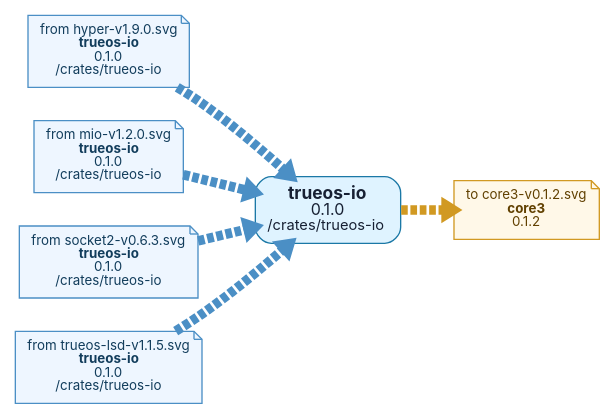
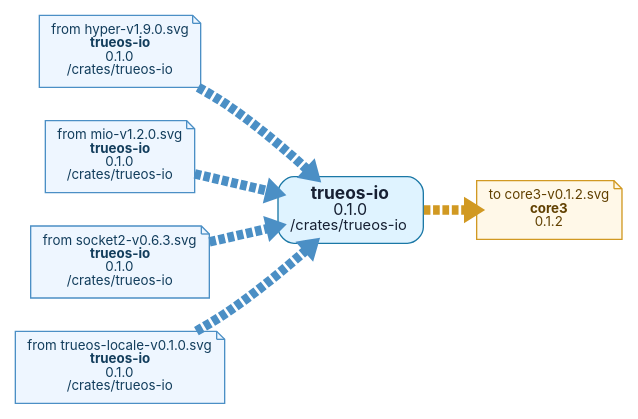
Before and after one commit to t4ce/TRUEOS: the diagram in tools/docs/depgraph/by-root/trueos-io-v0.1.0.dot, drawn with Graphviz. The commit also changed 81 other files, not shown here.

```diff
--- a/tools/docs/depgraph/by-root/trueos-io-v0.1.0.dot
+++ b/tools/docs/depgraph/by-root/trueos-io-v0.1.0.dot
@@ -1,19 +1,19 @@
 digraph "trueos-io-v0.1.0" {
   graph [rankdir=LR, bgcolor="white", overlap=false, splines=true, nodesep=0.35, ranksep=0.55];
   node [shape=box, style="rounded,filled", fontname="Inter,Arial", fontsize=10, margin="0.13,0.10", color="#8b9bb0", fillcolor="#f7f9fb", fontcolor="#172033"];
   edge [color="#9aa8b8", arrowsize=0.55, penwidth=7.2];
   n0 [label=<<FONT POINT-SIZE="13"><B>trueos-io</B></FONT><BR/><FONT POINT-SIZE="12">0.1.0</FONT><BR/><FONT POINT-SIZE="11">/crates/trueos-io</FONT>>, fillcolor="#dff3ff", color="#1b78a6"];
   out0 [label=<to core3-v0.1.2.svg<BR/><B>core3</B><BR/>0.1.2>, shape=note, style="filled", fillcolor="#fff8e8", color="#d19922", fontcolor="#614000"];
   n0 -> out0 [style=dashed, color="#d19922"];
   in1 [label=<from hyper-v1.9.0.svg<BR/><B>trueos-io</B><BR/>0.1.0<BR/>/crates/trueos-io>, shape=note, style="filled", fillcolor="#eef6ff", color="#4b8fc5", fontcolor="#123d5c"];
   in1 -> n0 [style=dashed, color="#4b8fc5"];
   in2 [label=<from mio-v1.2.0.svg<BR/><B>trueos-io</B><BR/>0.1.0<BR/>/crates/trueos-io>, shape=note, style="filled", fillcolor="#eef6ff", color="#4b8fc5", fontcolor="#123d5c"];
   in2 -> n0 [style=dashed, color="#4b8fc5"];
   in3 [label=<from socket2-v0.6.3.svg<BR/><B>trueos-io</B><BR/>0.1.0<BR/>/crates/trueos-io>, shape=note, style="filled", fillcolor="#eef6ff", color="#4b8fc5", fontcolor="#123d5c"];
   in3 -> n0 [style=dashed, color="#4b8fc5"];
-  in4 [label=<from trueos-lsd-v1.1.5.svg<BR/><B>trueos-io</B><BR/>0.1.0<BR/>/crates/trueos-io>, shape=note, style="filled", fillcolor="#eef6ff", color="#4b8fc5", fontcolor="#123d5c"];
+  in4 [label=<from trueos-locale-v0.1.0.svg<BR/><B>trueos-io</B><BR/>0.1.0<BR/>/crates/trueos-io>, shape=note, style="filled", fillcolor="#eef6ff", color="#4b8fc5", fontcolor="#123d5c"];
   in4 -> n0 [style=dashed, color="#4b8fc5"];
   // collapsed leaf ends: 0
   // centered two-input leaves: 0
   // nested two-input leaves: 0
 }
```
